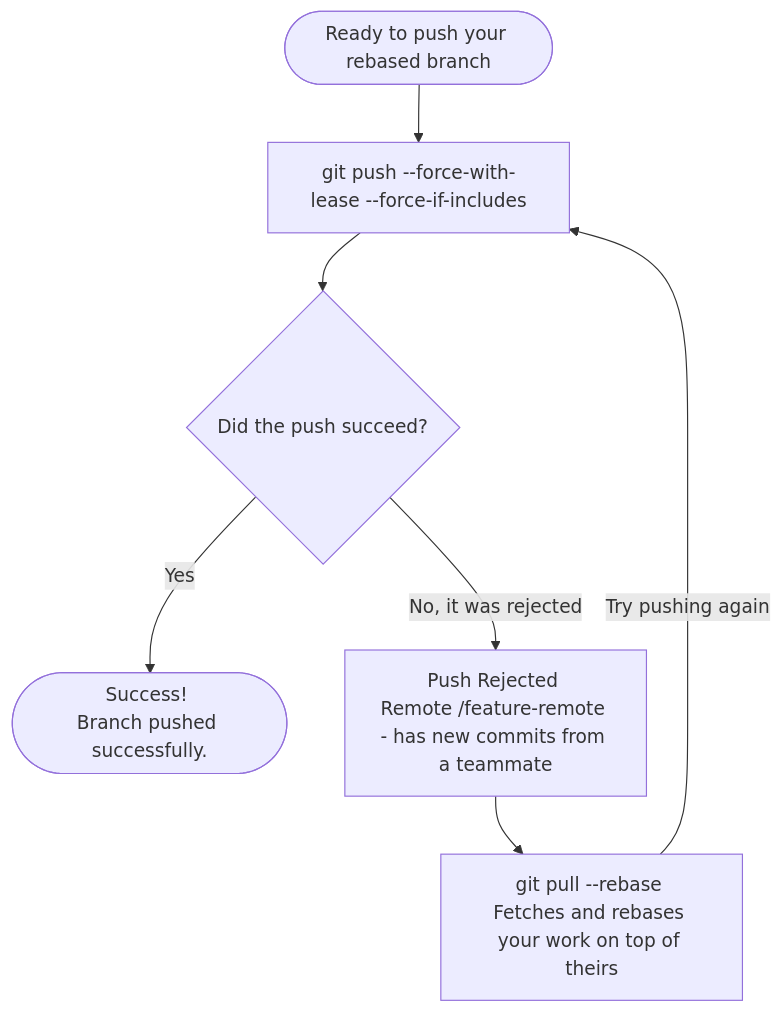
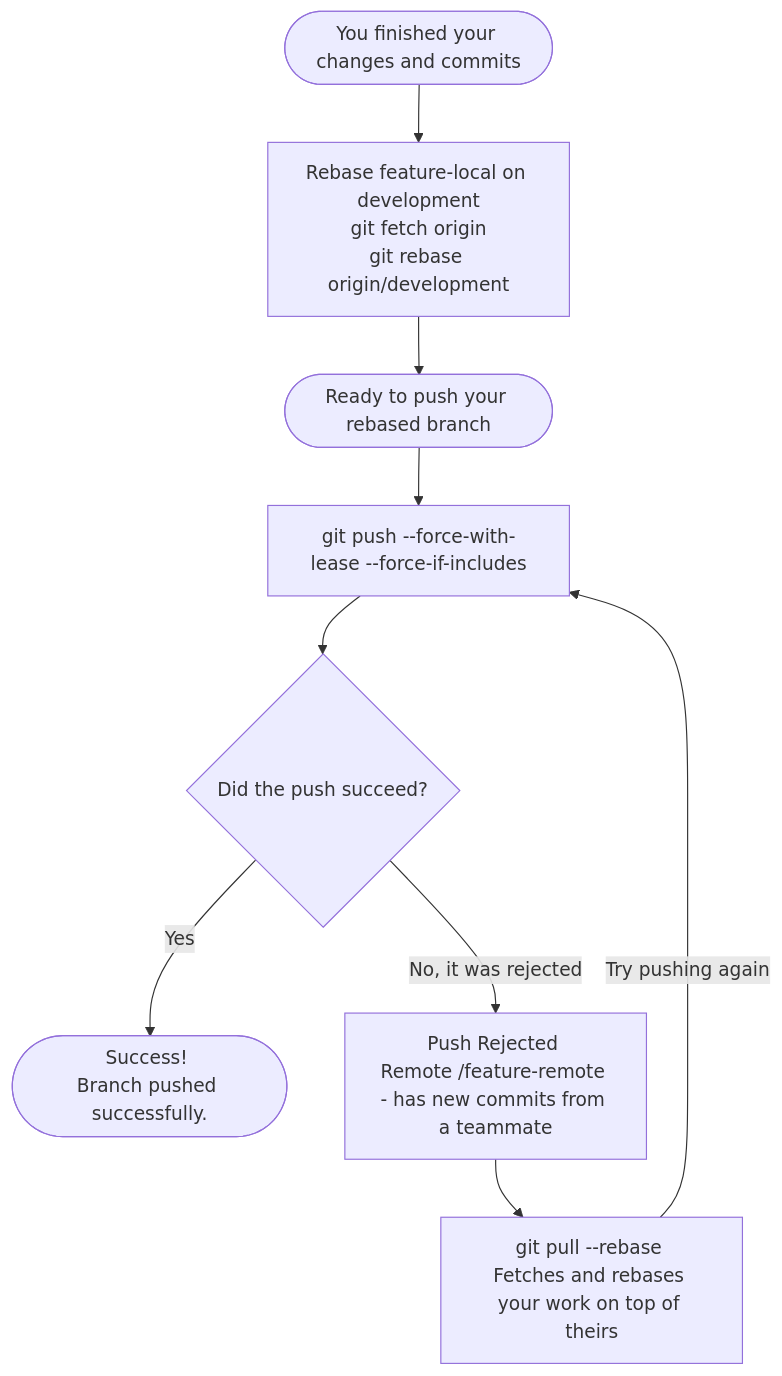
One commit to zurcacielos/git-rebase-explained-to-infinity changed the second of 14 diagrams in README.md. Above: the diagram before and after it, drawn with Mermaid.

Commit message:
added better explanation to diagram

````diff
--- a/README.md
+++ b/README.md
@@ -81,14 +81,18 @@
 ```mermaid
 flowchart TD
-    Start([Ready to push your rebased branch]) --> Push1[git push --force-with-lease --force-if-includes]
+    Start([You finished your changes and commits]) --> RebaseLocal[Rebase feature-local on development<br>git fetch origin<br>git rebase origin/development]
+    
+    RebaseLocal --> Ready([Ready to push your rebased branch])
+    
+    Ready --> Push1[git push --force-with-lease --force-if-includes]
     
     Push1 --> Check1{Did the push succeed?}
     
     Check1 -- Yes --> Success1([Success! <br>Branch pushed successfully.])
     
     Check1 -- No, it was rejected --> Rejected[Push Rejected <br>Remote /feature-remote - has new commits from a teammate]
     
     Rejected --> PullRebase[git pull --rebase <br>Fetches and rebases your work on top of theirs]
     
     PullRebase -->|Try pushing again| Push1
 ```
````
